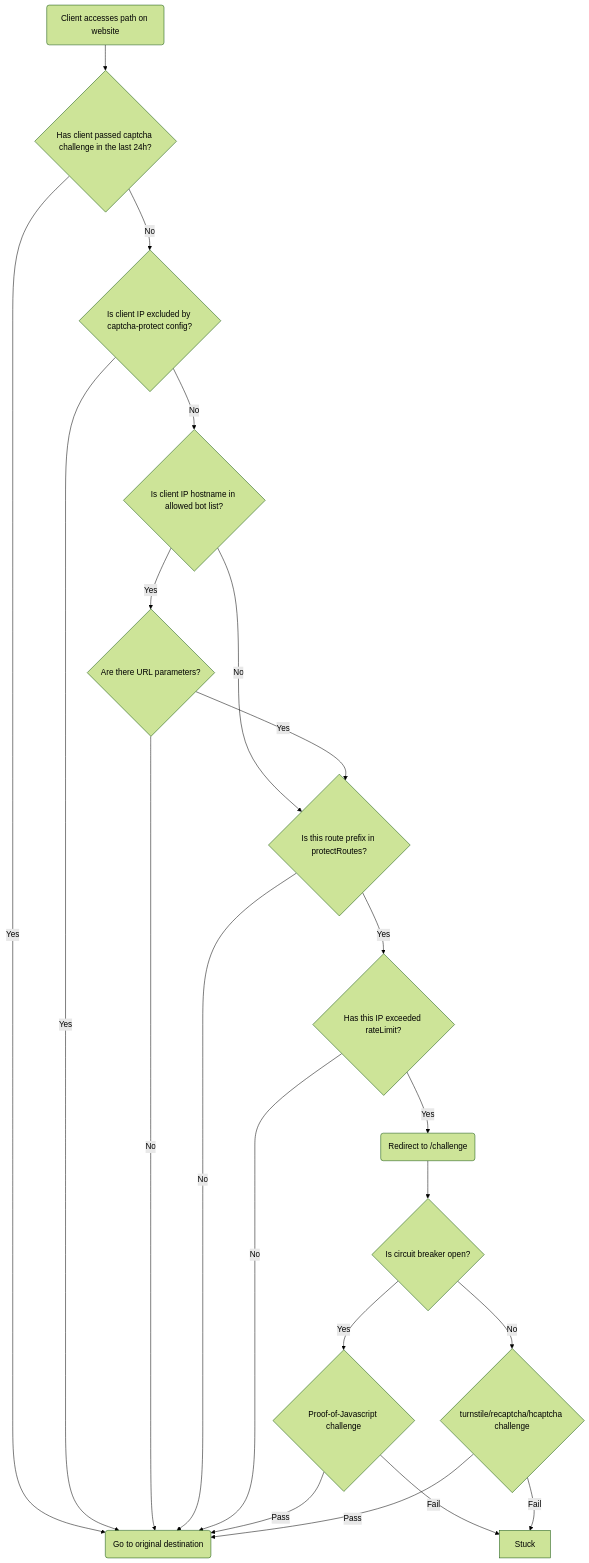
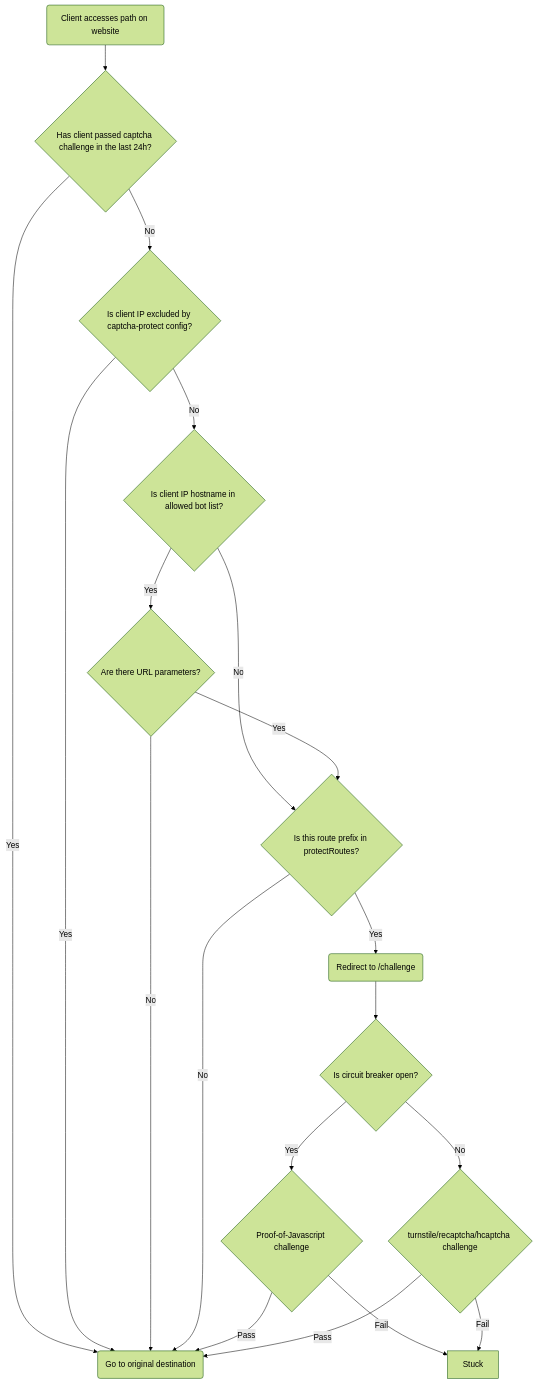
The diagram in index.md (libops/captcha-protect-docs), drawn with Mermaid (forest theme) before and after one commit. The commit also changed 8 other files, not shown here.

````diff
--- a/index.md
+++ b/index.md
@@ -13,23 +13,21 @@
 ```mermaid
 flowchart TD
     Client(Client accesses path on website) --> IP{Has client passed captcha challenge in the last 24h?}
     IP -- Yes --> Continue(Go to original destination)
     IP -- No --> IP_BYPASS{Is client IP excluded by captcha-protect config?}
     IP_BYPASS -- Yes --> Continue(Go to original destination)
     IP_BYPASS -- No --> GOOD_BOT{Is client IP hostname in allowed bot list?}
     GOOD_BOT -- No --> PROTECTED_ROUTE{Is this route protected?}
     GOOD_BOT -- Yes --> CANONICAL_URL_BOT{Are there URL parameters?}
     CANONICAL_URL_BOT -- Yes --> PROTECTED_ROUTE{Is this route prefix in protectRoutes?}
     CANONICAL_URL_BOT -- No --> Continue(Go to original destination)
-    PROTECTED_ROUTE -- Yes --> RATE_LIMIT{Has this IP exceeded rateLimit?}
+    PROTECTED_ROUTE -- Yes --> REDIRECT(Redirect to /challenge)
     PROTECTED_ROUTE -- No --> Continue(Go to original destination)
-    RATE_LIMIT -- Yes --> REDIRECT(Redirect to /challenge)
-    RATE_LIMIT -- No --> Continue(Go to original destination)
     REDIRECT --> CIRCUIT{Is circuit breaker open?}
     CIRCUIT -- Yes --> POJ_CHALLENGE{Proof-of-Javascript challenge}
     CIRCUIT -- No --> CAPTCHA_CHALLENGE{turnstile/recaptcha/hcaptcha challenge}
     POJ_CHALLENGE -- Pass --> Continue(Go to original destination)
     POJ_CHALLENGE -- Fail --> Stuck
     CAPTCHA_CHALLENGE -- Pass --> Continue(Go to original destination)
     CAPTCHA_CHALLENGE -- Fail --> Stuck
 ```
````
